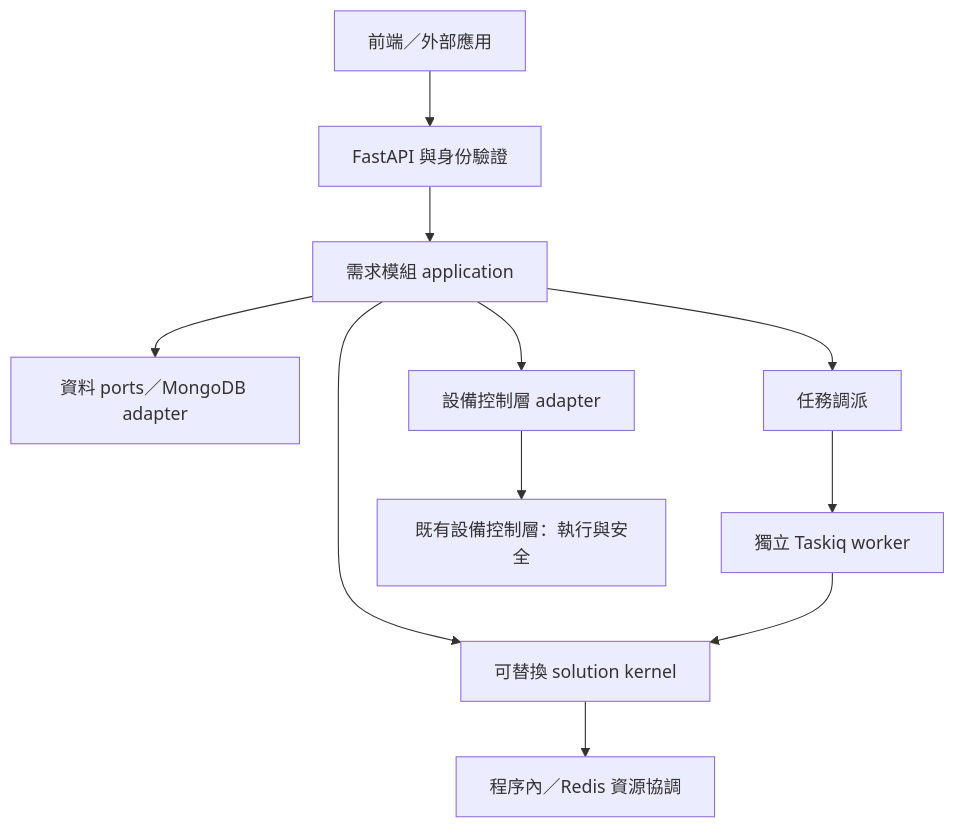
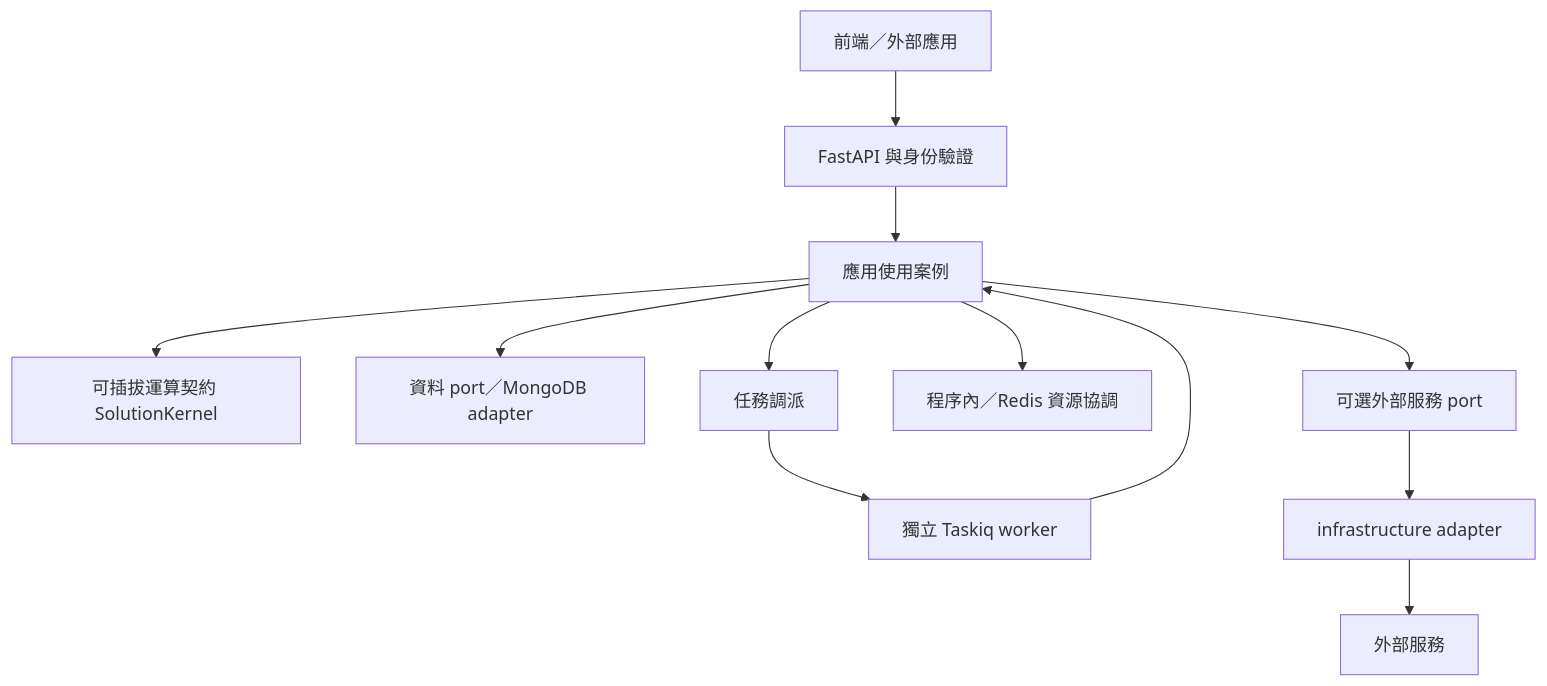
The diagram in docs/product-platform.md (PenHsuanWang/python-backend-server-template), drawn with Mermaid before and after one commit. The commit also changed other lines of this file and 40 other files, not shown here.

````diff
--- a/docs/product-platform.md
+++ b/docs/product-platform.md
@@ -9,13 +9,14 @@
 ```mermaid
 flowchart TB
     UI[前端／外部應用] --> API[FastAPI 與身份驗證]
-    API --> App[需求模組 application]
-    App --> Kernel[可替換 solution kernel]
-    App --> Data[資料 ports／MongoDB adapter]
+    API --> App[應用使用案例]
+    App --> Kernel[可插拔運算契約 SolutionKernel]
+    App --> Data[資料 port／MongoDB adapter]
     App --> Jobs[任務調派]
     Jobs --> Worker[獨立 Taskiq worker]
-    Worker --> Kernel
-    Kernel --> Resource[程序內／Redis 資源協調]
-    App --> Gateway[設備控制層 adapter]
-    Gateway --> Control[既有設備控制層：執行與安全]
+    Worker --> App
+    App --> Resource[程序內／Redis 資源協調]
+    App --> Port[可選外部服務 port]
+    Port --> Adapter[infrastructure adapter]
+    Adapter --> External[外部服務]
 ```
````
